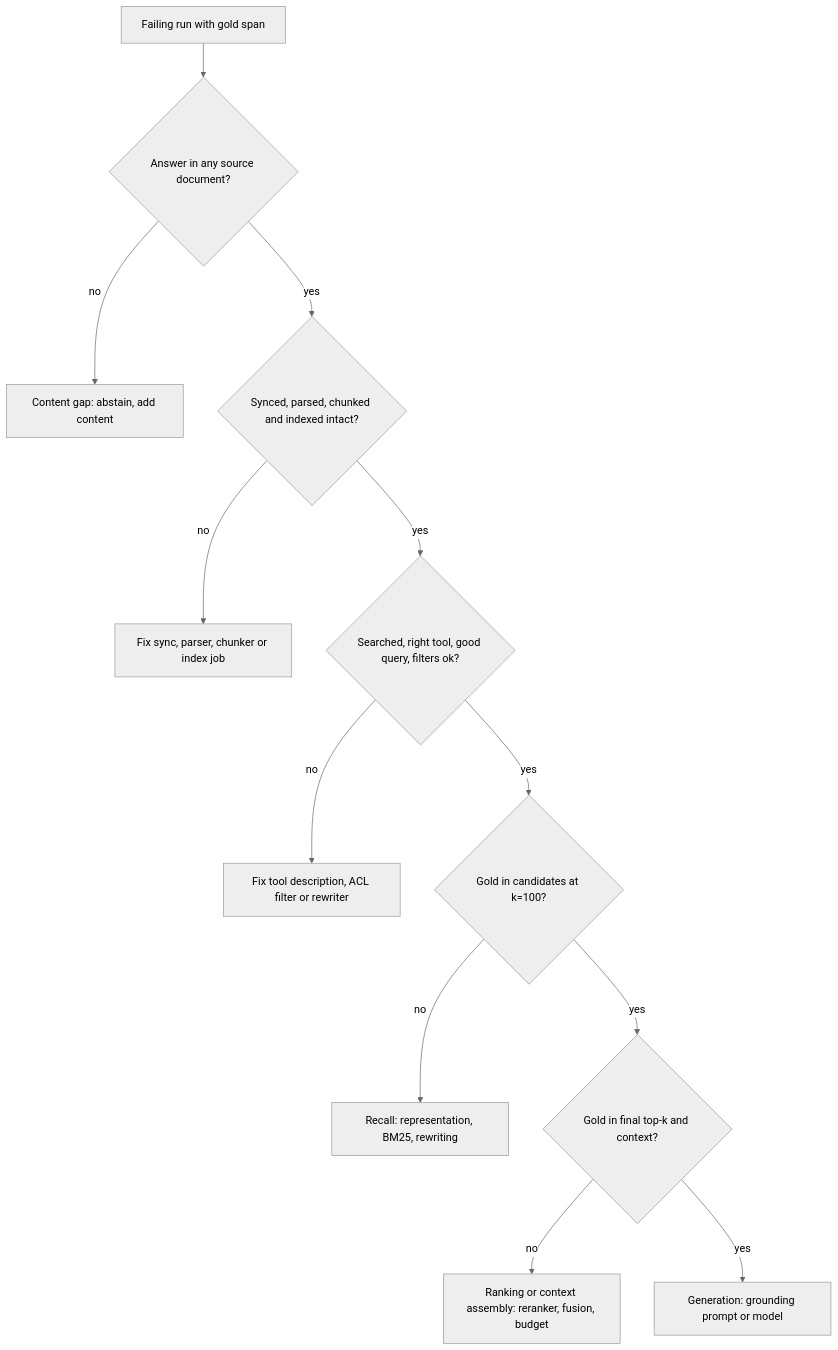
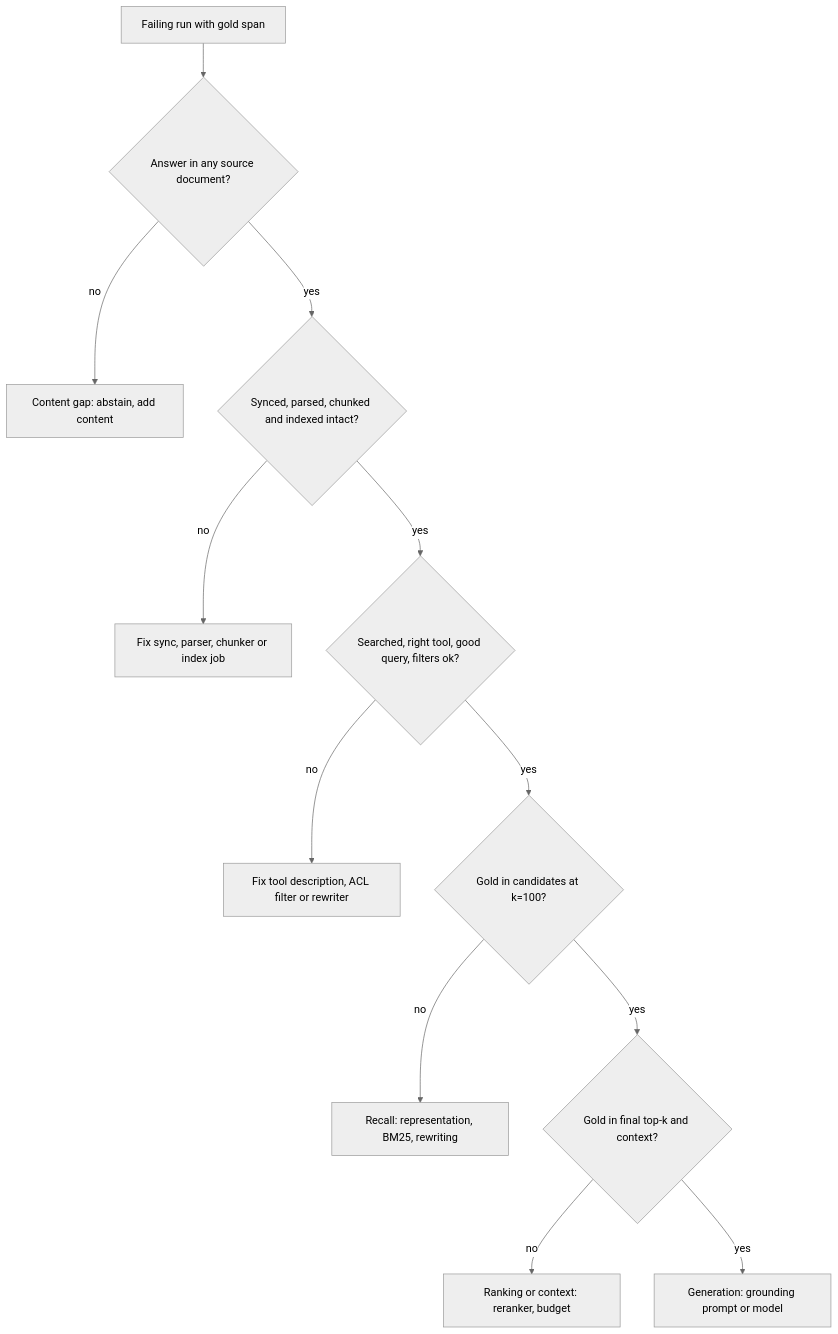
The diagram in content/rag-retrieval/retrieval-failure-diagnosis.md (lovishmahajan97/agentic-learning), drawn with Mermaid (neutral theme) before and after one commit. The commit also changed other lines of this file and 454 other files, not shown here.

````diff
--- a/content/rag-retrieval/retrieval-failure-diagnosis.md
+++ b/content/rag-retrieval/retrieval-failure-diagnosis.md
@@ -140,14 +140,14 @@
 ```mermaid
 flowchart TD
     Q["Failing run with gold span"] --> C{"Answer in any source document?"}
     C -->|"no"| G1["Content gap: abstain, add content"]
     C -->|"yes"| P{"Synced, parsed, chunked and indexed intact?"}
     P -->|"no"| G2["Fix sync, parser, chunker or index job"]
     P -->|"yes"| F{"Searched, right tool, good query, filters ok?"}
     F -->|"no"| G3["Fix tool description, ACL filter or rewriter"]
     F -->|"yes"| R{"Gold in candidates at k=100?"}
     R -->|"no"| G4["Recall: representation, BM25, rewriting"]
     R -->|"yes"| K{"Gold in final top-k and context?"}
-    K -->|"no"| G5["Ranking or context assembly: reranker, fusion, budget"]
+    K -->|"no"| G5["Ranking or context: reranker, budget"]
     K -->|"yes"| G6["Generation: grounding prompt or model"]
 ```
````
